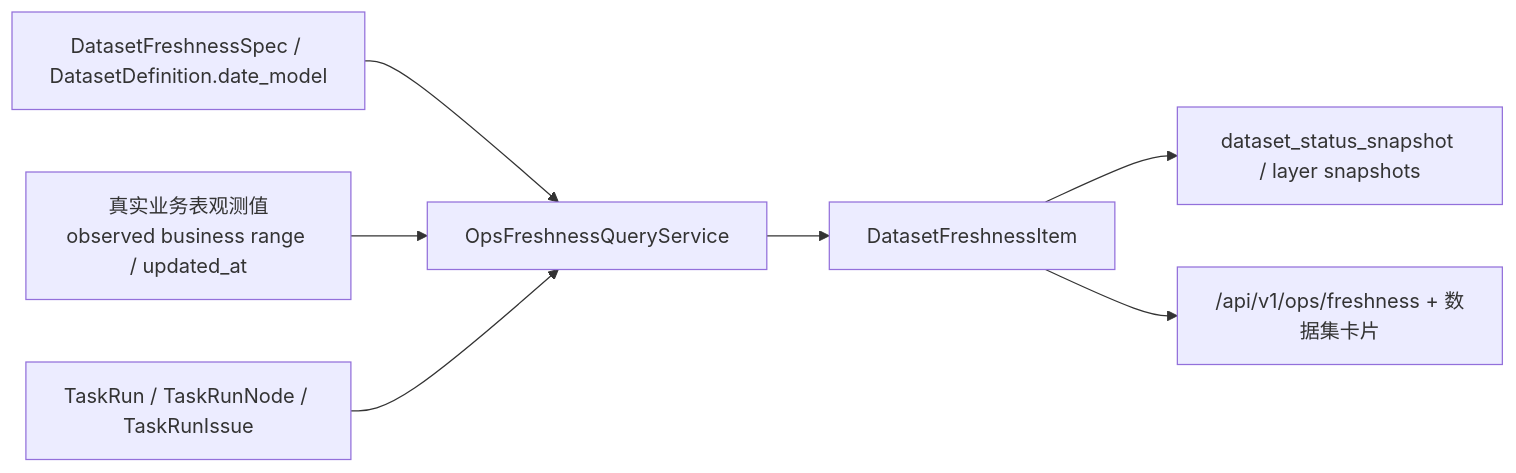
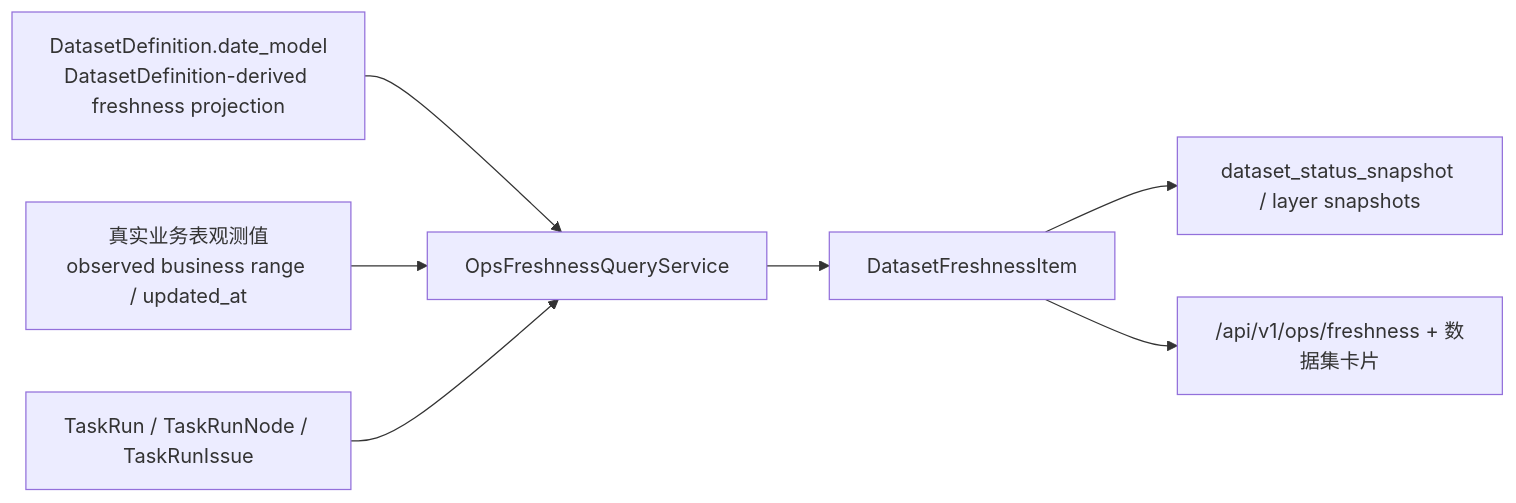
One commit to chiuser/goldenshare changed the diagram in docs/ops/ops-sync-job-state-retirement-plan-v1.md. Above: the diagram before and after it, drawn with Mermaid. The commit also changed other lines of this file and 21 other files, not shown here.

Commit message:
Derive ops freshness facts from definitions

````diff
--- a/docs/ops/ops-sync-job-state-retirement-plan-v1.md
+++ b/docs/ops/ops-sync-job-state-retirement-plan-v1.md
@@ -112,9 +112,9 @@
 ```mermaid
 flowchart LR
-  A["DatasetFreshnessSpec / DatasetDefinition.date_model"] --> D["OpsFreshnessQueryService"]
+  A["DatasetDefinition.date_model<br/>DatasetDefinition-derived freshness projection"] --> D["OpsFreshnessQueryService"]
   B["真实业务表观测值<br/>observed business range / updated_at"] --> D
   C["TaskRun / TaskRunNode / TaskRunIssue"] --> D
   D --> E["DatasetFreshnessItem"]
   E --> F["dataset_status_snapshot / layer snapshots"]
   E --> G["/api/v1/ops/freshness + 数据集卡片"]
 ```
````
